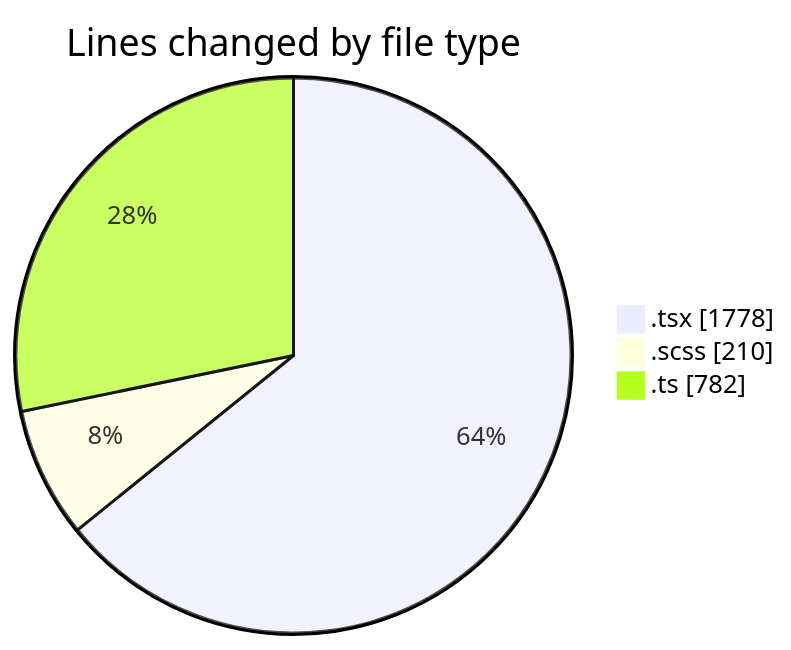
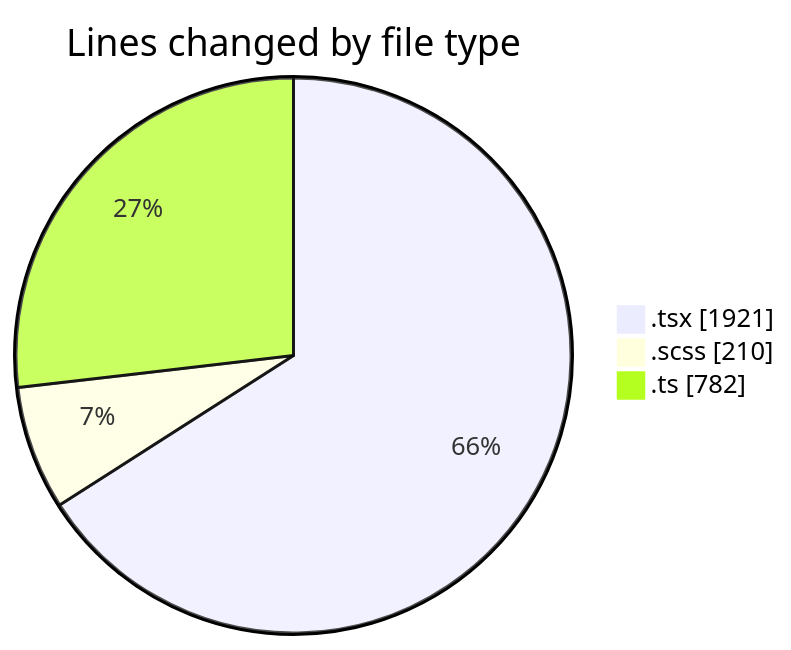
One commit to momahboobian/code-tracking changed the first of 2 diagrams in 2026-05-11/cda/README.md. Above: the diagram before and after it, drawn with Mermaid. The commit also changed other lines of this file and 1 other file, not shown here.

````diff
--- a/2026-05-11/cda/README.md
+++ b/2026-05-11/cda/README.md
@@ -37,7 +38,7 @@
 ```mermaid
 pie showData
 title Lines changed by file type
-".tsx" : 1778
+".tsx" : 1921
 ".scss" : 210
 ".ts" : 782
 ```
````
